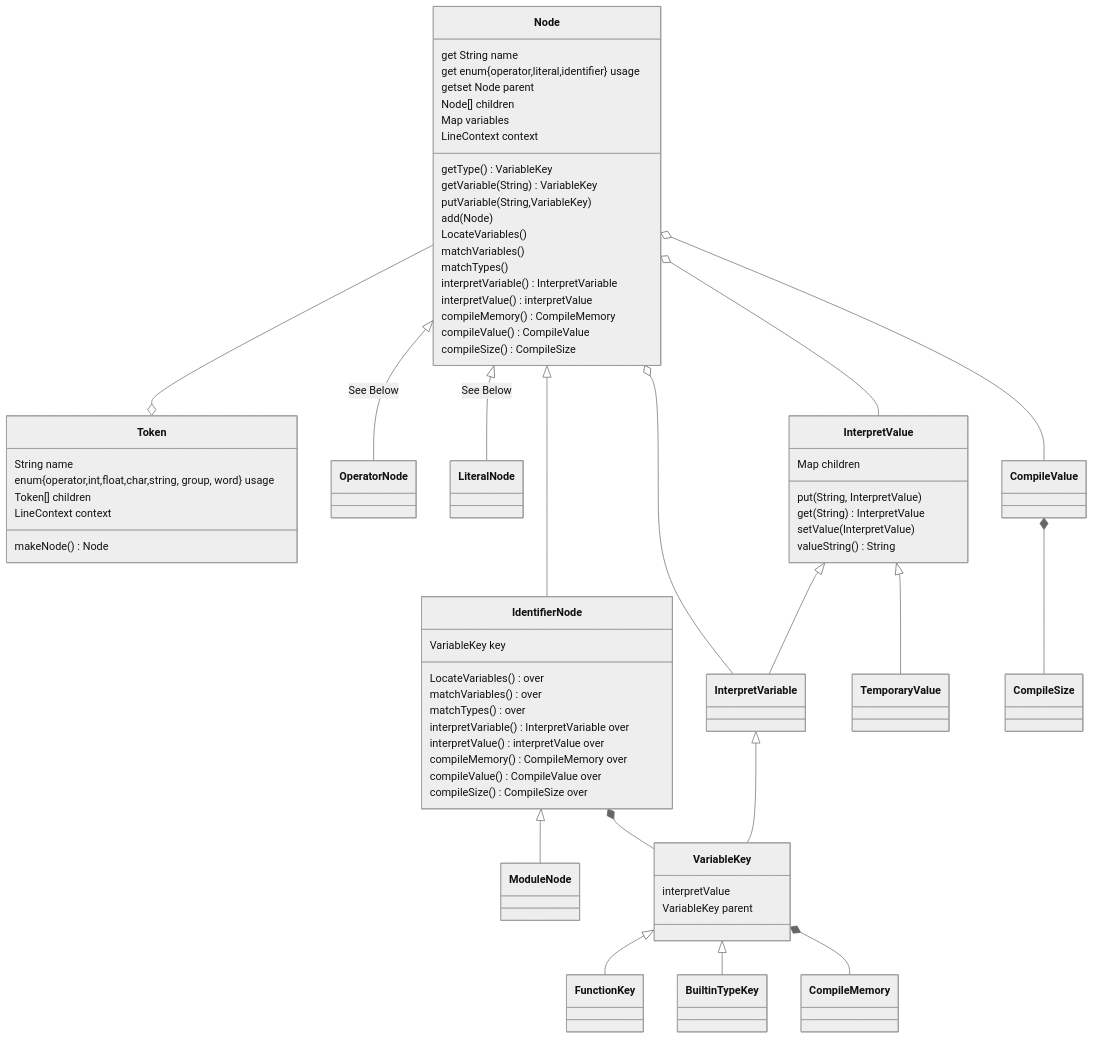
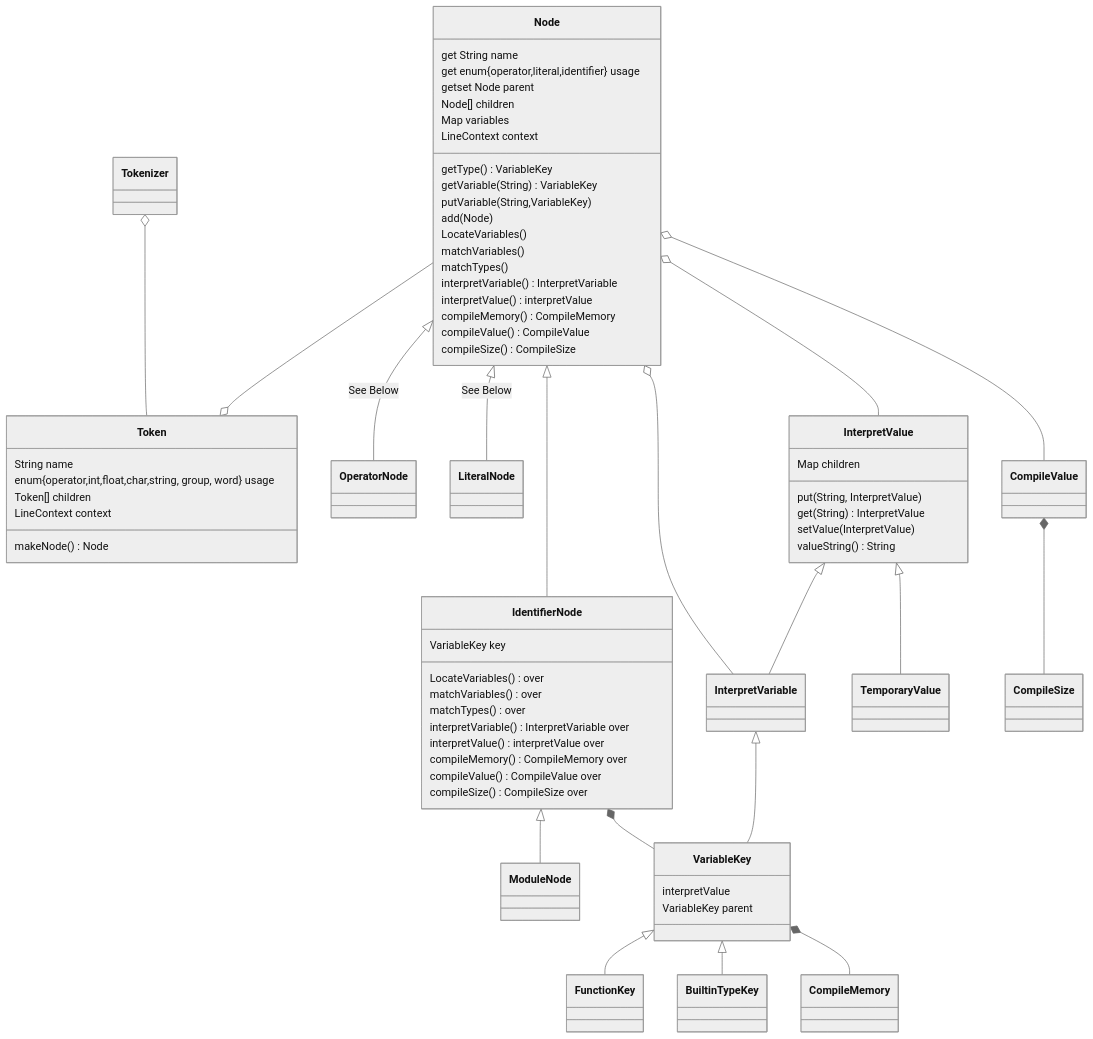
Before and after one commit to Jzhyang1/Monomer: the second of 5 diagrams in Implementation.md, drawn with Mermaid (neutral theme). The commit also changed other lines of this file, not shown here.

````diff
--- a/Implementation.md
+++ b/Implementation.md
@@ -59,65 +63,65 @@
 ```mermaid
 classDiagram
-Tokenizer
+Tokenizer o-- Token
 Node --o Token
 
 Node <|-- OperatorNode: See Below
 Node <|-- LiteralNode: See Below
 Node <|-- IdentifierNode
 Node o-- InterpretVariable
 Node o-- InterpretValue
 IdentifierNode <|-- ModuleNode
 IdentifierNode *-- VariableKey
 VariableKey <|-- FunctionKey
 VariableKey <|-- BuiltinTypeKey
 VariableKey *-- CompileMemory
 InterpretValue <|-- InterpretVariable
 InterpretValue <|-- TemporaryValue
 InterpretVariable <|-- VariableKey
 CompileValue *-- CompileSize
 Node o-- CompileValue
 
 Token: String name
 Token: enum{operator,int,float,char,string, group, word} usage
 Token: Token[] children
 Token: LineContext context
 Token: makeNode() Node
 
 Node: get String name
 Node: get enum{operator,literal,identifier} usage
 Node: getset Node parent
 Node: Node[] children
 Node: Map<String, VariableKey> variables
 Node: LineContext context
 Node: getType() VariableKey
 Node: getVariable(String) VariableKey
 Node: putVariable(String,VariableKey)
 Node: add(Node)
 Node: LocateVariables()
 Node: matchVariables()
 Node: matchTypes()
 Node: interpretVariable() InterpretVariable
 Node: interpretValue() interpretValue
 Node: compileMemory() CompileMemory
 Node: compileValue() CompileValue
 Node: compileSize() CompileSize
 
 IdentifierNode: VariableKey key
 IdentifierNode: LocateVariables() over
 IdentifierNode: matchVariables() over
 IdentifierNode: matchTypes() over
 IdentifierNode: interpretVariable() InterpretVariable over
 IdentifierNode: interpretValue() interpretValue over
 IdentifierNode: compileMemory() CompileMemory over
 IdentifierNode: compileValue() CompileValue over
 IdentifierNode: compileSize() CompileSize over
 
 InterpretValue: Map<String, InterpretValue> children
 InterpretValue: put(String, InterpretValue)
 InterpretValue: get(String) InterpretValue
 InterpretValue: setValue(InterpretValue)
 InterpretValue: valueString() String
 
 VariableKey: interpretValue
 VariableKey: VariableKey parent
 ```
````
